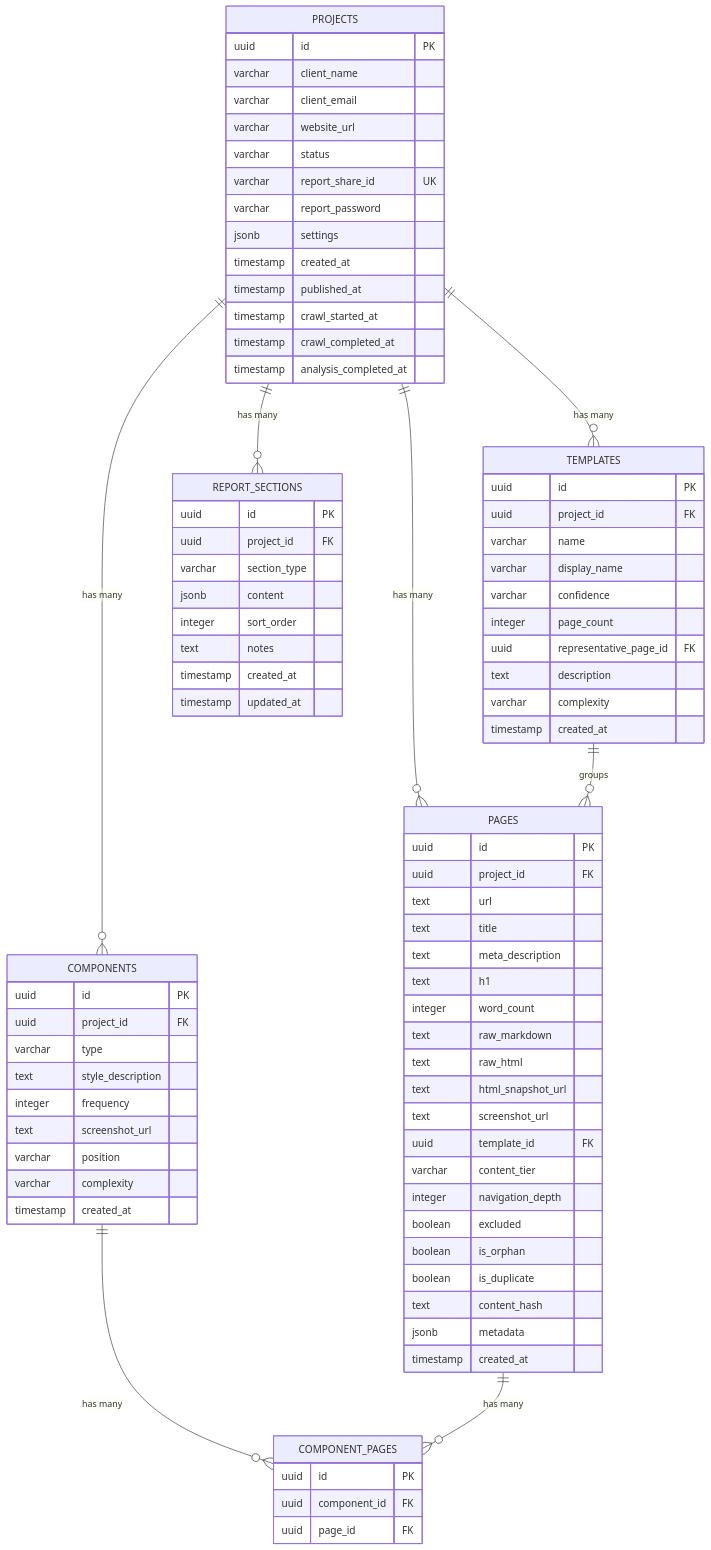
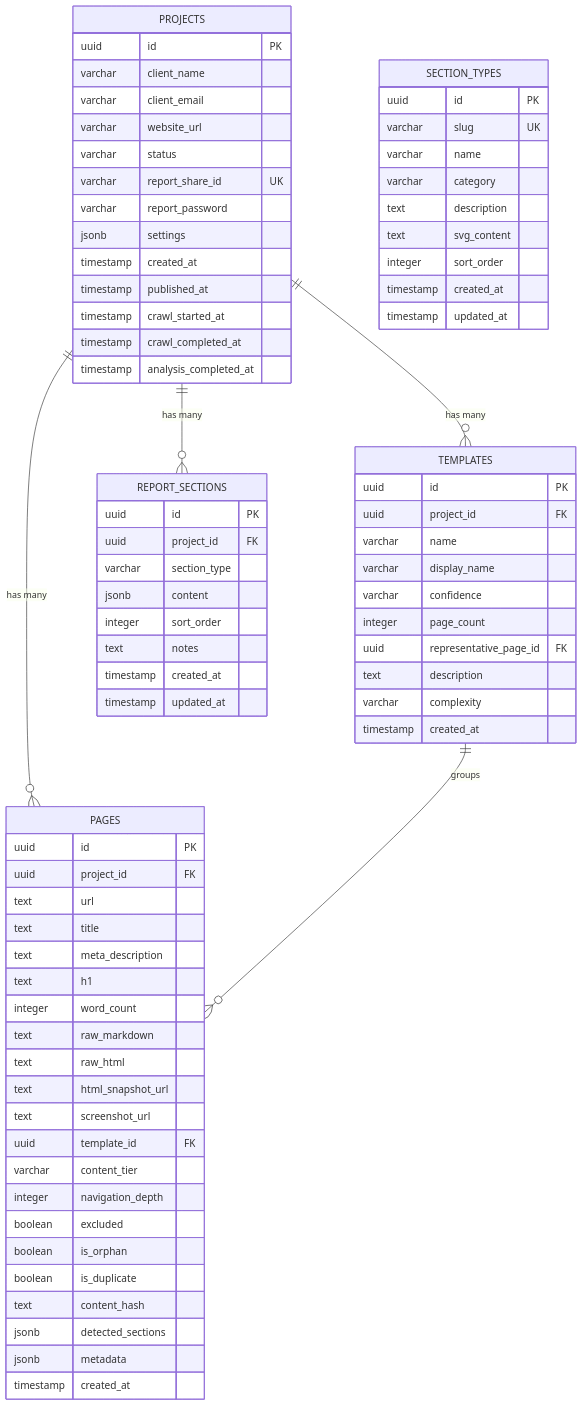
One commit to klojniewski/discovery-engine changed the first of 2 diagrams in docs/plans/2026-03-07-feat-replatform-discovery-engine-plan.md. Above: the diagram before and after it, drawn with Mermaid. The commit also changed other lines of this file and 12 other files, not shown here.

````diff
--- a/docs/plans/2026-03-07-feat-replatform-discovery-engine-plan.md
+++ b/docs/plans/2026-03-07-feat-replatform-discovery-engine-plan.md
@@ -98,6 +98,7 @@
         boolean is_orphan
         boolean is_duplicate
         text content_hash
+        jsonb detected_sections
         jsonb metadata
         timestamp created_at
     }
@@ -115,22 +116,16 @@
         timestamp created_at
     }
 
-    COMPONENTS {
+    SECTION_TYPES {
         uuid id PK
-        uuid project_id FK
-        varchar type
-        text style_description
-        integer frequency
-        text screenshot_url
-        varchar position
-        varchar complexity
+        varchar slug UK
+        varchar name
+        varchar category
+        text description
+        text svg_content
+        integer sort_order
         timestamp created_at
-    }
-
-    COMPONENT_PAGES {
-        uuid id PK
-        uuid component_id FK
-        uuid page_id FK
+        timestamp updated_at
     }
 
     REPORT_SECTIONS {
@@ -146,9 +141,6 @@
 
     PROJECTS ||--o{ PAGES : "has many"
     PROJECTS ||--o{ TEMPLATES : "has many"
-    PROJECTS ||--o{ COMPONENTS : "has many"
     PROJECTS ||--o{ REPORT_SECTIONS : "has many"
     TEMPLATES ||--o{ PAGES : "groups"
-    COMPONENTS ||--o{ COMPONENT_PAGES : "has many"
-    PAGES ||--o{ COMPONENT_PAGES : "has many"
 ```
````
